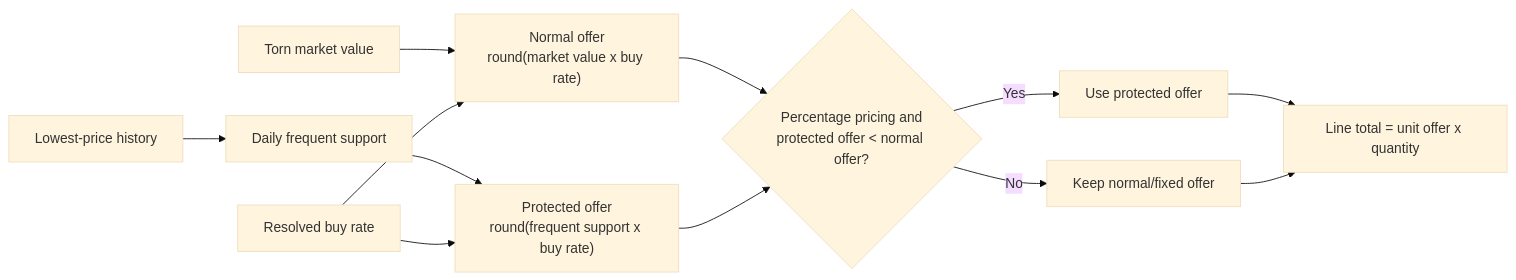
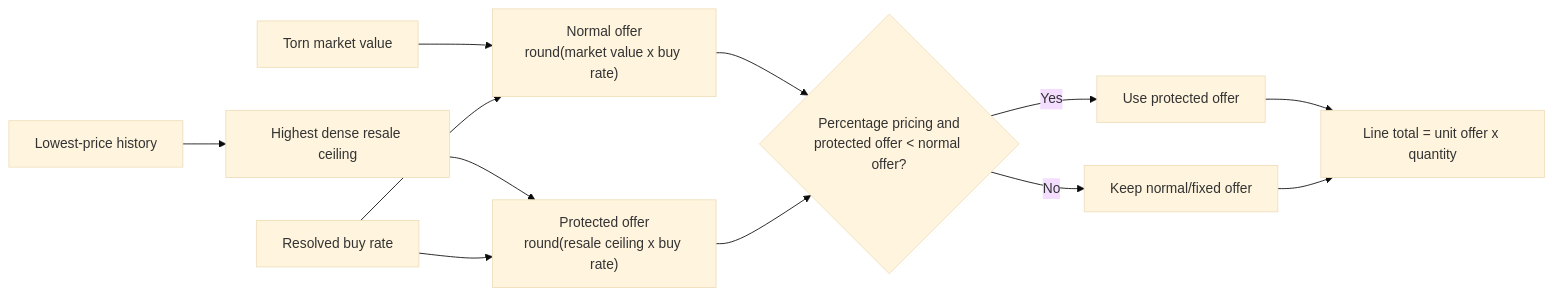
The diagram in ITEM_TRACKING.md (ghericsantiago/torn-tracker-hosted), drawn with Mermaid (base theme) before and after one commit. The commit also changed other lines of this file and 11 other files, not shown here.

Commit message:
Use highest dense band for market protection

````diff
--- a/ITEM_TRACKING.md
+++ b/ITEM_TRACKING.md
@@ -445,14 +445,14 @@
 ```mermaid
 flowchart LR
     M["Torn market value"] --> N["Normal offer<br/>round(market value x buy rate)"]
-    H["Lowest-price history"] --> S["Daily frequent support"]
-    S --> P["Protected offer<br/>round(frequent support x buy rate)"]
+    H["Lowest-price history"] --> S["Highest dense resale ceiling"]
+    S --> P["Protected offer<br/>round(resale ceiling x buy rate)"]
     R["Resolved buy rate"] --> N
     R --> P
     N --> C{"Percentage pricing and<br/>protected offer &lt; normal offer?"}
     P --> C
     C -- Yes --> O["Use protected offer"]
     C -- No --> U["Keep normal/fixed offer"]
     O --> T["Line total = unit offer x quantity"]
     U --> T
 ```
````
